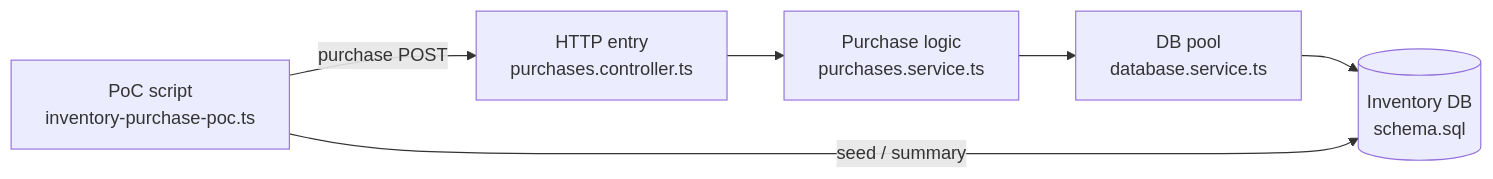
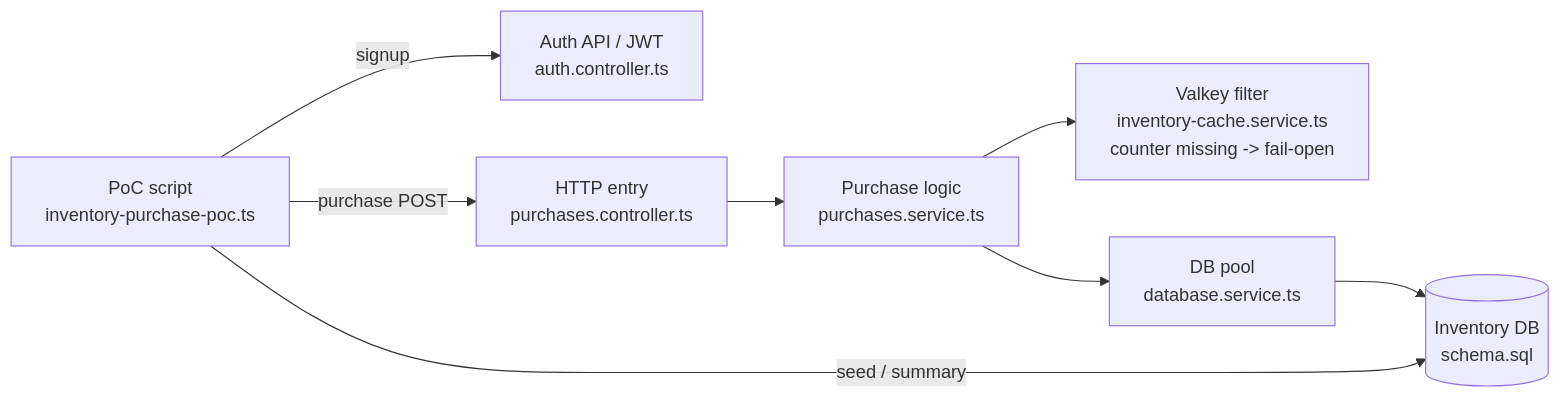
Before and after one commit to kmryst/ticket-c2c-platform: the diagram in docs/poc/inventory-purchase-reading-guide.md, drawn with Mermaid. The commit also changed other lines of this file and 38 other files, not shown here.

````diff
--- a/docs/poc/inventory-purchase-reading-guide.md
+++ b/docs/poc/inventory-purchase-reading-guide.md
@@ -13,15 +13,19 @@
 ```mermaid
 flowchart LR
   script["PoC script<br>inventory-purchase-poc.ts"]
+  auth["Auth API / JWT<br>auth.controller.ts"]
   entry["HTTP entry<br>purchases.controller.ts"]
+  cache["Valkey filter<br>inventory-cache.service.ts<br>counter missing -> fail-open"]
   logic["Purchase logic<br>purchases.service.ts"]
   dbconn["DB pool<br>database.service.ts"]
   db[("Inventory DB<br>schema.sql")]
 
+  script -->|signup| auth
   script -->|purchase POST| entry
   entry --> logic
+  logic --> cache
   logic --> dbconn
   dbconn --> db
 
   script -->|seed / summary| db
 ```
````
